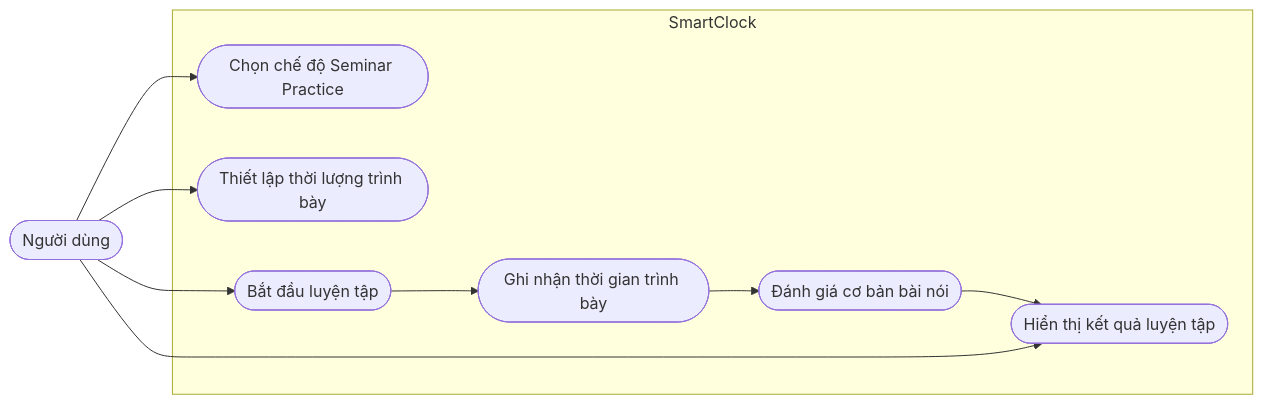
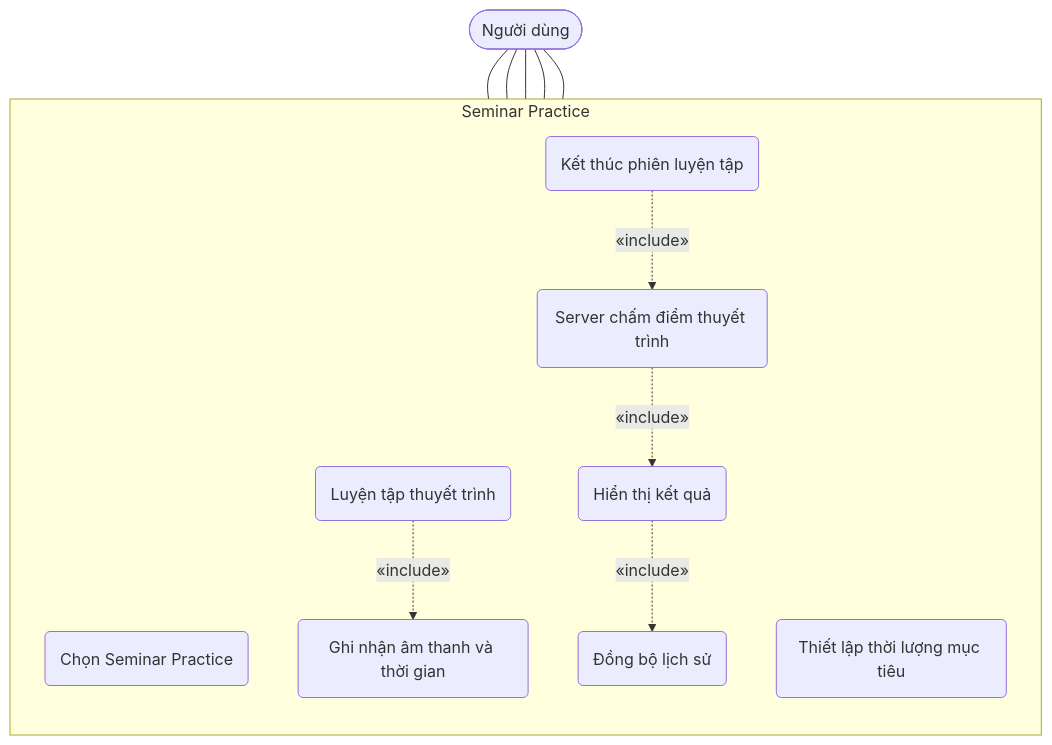
One commit to Computer-Vision-HCMUS/AIoT-Server changed the fourth of 10 diagrams in docs/Spectification/SmartClock/03_Objectives.md. Above: the diagram before and after it, drawn with Mermaid. The commit also changed other lines of this file and 60 other files, not shown here.

Commit message:
Add new images for SmartClock presentation, remove outdated images, and introduce initial documentation for SomniLearnAI specifications, including objectives, architecture, and Edge AI functionalities.

````diff
--- a/docs/Spectification/SmartClock/03_Objectives.md
+++ b/docs/Spectification/SmartClock/03_Objectives.md
@@ -150,21 +178,27 @@
 ```mermaid
-flowchart LR
-    User([Người dùng])
+flowchart TD
+    User(["Người dùng"])
 
-    subgraph SmartClock["SmartClock"]
-        UC1([Chọn chế độ Seminar Practice])
-        UC2([Thiết lập thời lượng trình bày])
-        UC3([Bắt đầu luyện tập])
-        UC4([Ghi nhận thời gian trình bày])
-        UC5([Đánh giá cơ bản bài nói])
-        UC6([Hiển thị kết quả luyện tập])
+    subgraph Seminar["Seminar Practice"]
+        direction TB
+        UC1("Chọn Seminar Practice")
+        UC2("Thiết lập thời lượng mục tiêu")
+        UC3("Luyện tập thuyết trình")
+        UC4("Ghi nhận âm thanh và thời gian")
+        UC5("Kết thúc phiên luyện tập")
+        UC6("Server chấm điểm thuyết trình")
+        UC7("Hiển thị kết quả")
+        UC8("Đồng bộ lịch sử")
     end
 
-    User --> UC1
-    User --> UC2
-    User --> UC3
-    UC3 --> UC4
-    UC4 --> UC5
-    UC5 --> UC6
-    User --> UC6
+    User --- UC1
+    User --- UC2
+    User --- UC3
+    User --- UC5
+    User --- UC7
+
+    UC3 -. "«include»" .-> UC4
+    UC5 -. "«include»" .-> UC6
+    UC6 -. "«include»" .-> UC7
+    UC7 -. "«include»" .-> UC8
 ```
````
